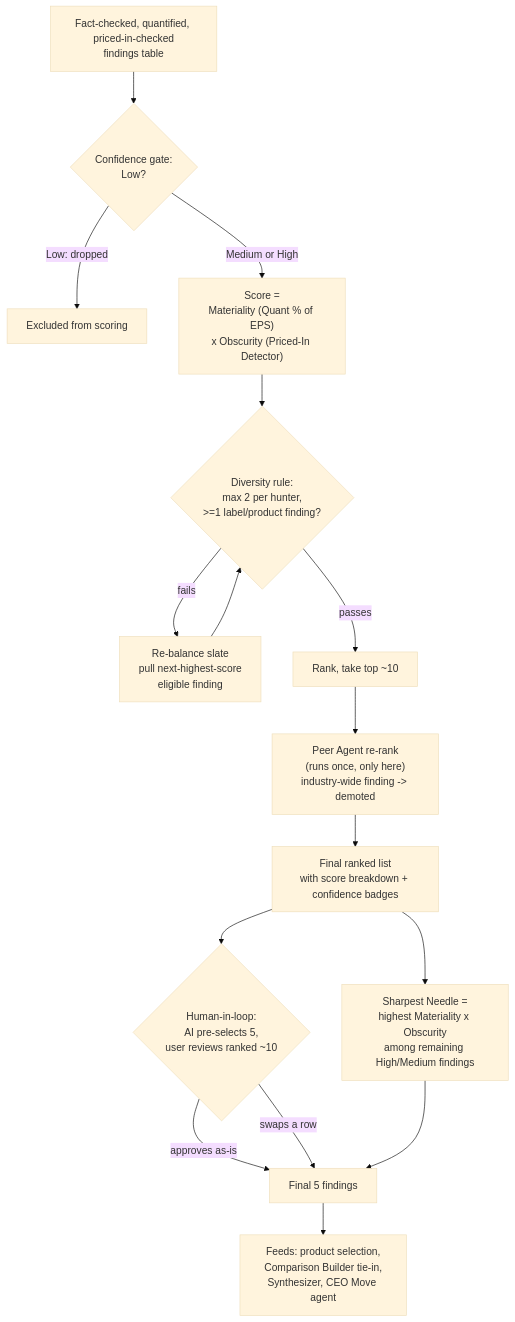
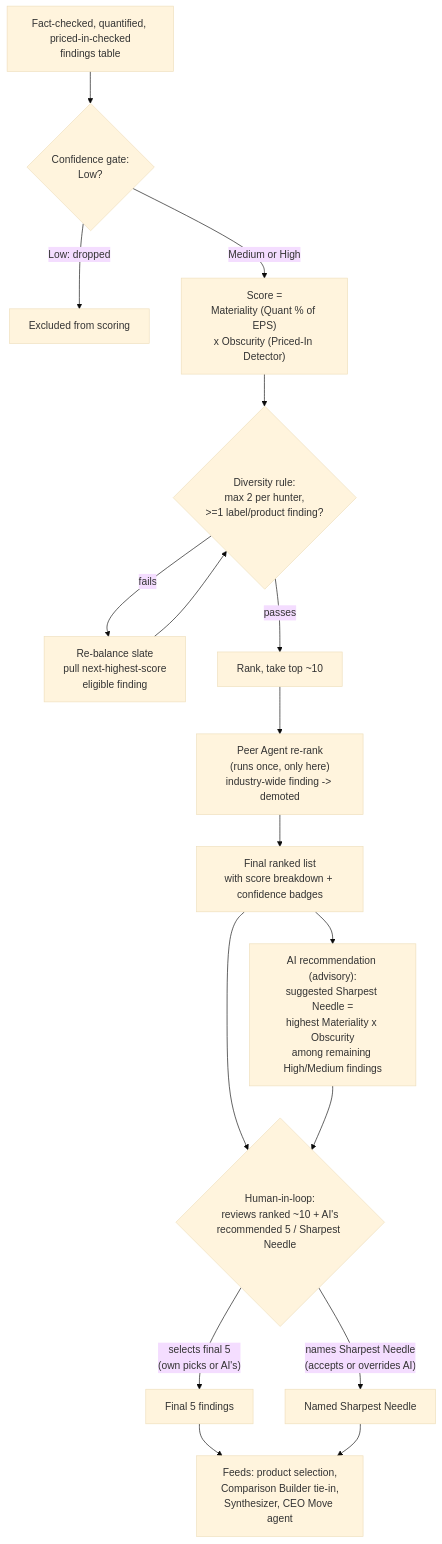
One commit to Mameo007/ai-neeley-hackathon-pharmaceutical changed the third of 3 diagrams in docs/architecture.md. Above: the diagram before and after it, drawn with Mermaid (base theme). The commit also changed other lines of this file, not shown here.

First line of the commit message:
Make finding selection and Sharpest Needle human-decided, not AI-picked

````diff
--- a/docs/architecture.md
+++ b/docs/architecture.md
@@ -366,23 +376,24 @@
 ```mermaid
 flowchart TD
     START["Fact-checked, quantified, priced-in-checked<br/>findings table"] --> GATE{"Confidence gate:<br/>Low?"}
     GATE -- "Low: dropped" --> DROP[Excluded from scoring]
     GATE -- "Medium or High" --> SCORE["Score =<br/>Materiality (Quant % of EPS)<br/>x Obscurity (Priced-In Detector)"]
 
     SCORE --> DIV{"Diversity rule:<br/>max 2 per hunter,<br/>>=1 label/product finding?"}
     DIV -- fails --> REBAL[Re-balance slate<br/>pull next-highest-score<br/>eligible finding]
     REBAL --> DIV
     DIV -- passes --> TOP10["Rank, take top ~10"]
 
     TOP10 --> PEER["Peer Agent re-rank<br/>(runs once, only here)<br/>industry-wide finding -> demoted"]
     PEER --> RANKED["Final ranked list<br/>with score breakdown + confidence badges"]
 
-    RANKED --> NEEDLE["Sharpest Needle =<br/>highest Materiality x Obscurity<br/>among remaining High/Medium findings"]
-    RANKED --> HUMAN{"Human-in-loop:<br/>AI pre-selects 5,<br/>user reviews ranked ~10"}
+    RANKED --> NEEDLE["AI recommendation (advisory):<br/>suggested Sharpest Needle =<br/>highest Materiality x Obscurity<br/>among remaining High/Medium findings"]
+    RANKED --> HUMAN{"Human-in-loop:<br/>reviews ranked ~10 + AI's<br/>recommended 5 / Sharpest Needle"}
+    NEEDLE --> HUMAN
 
-    HUMAN -- "approves as-is" --> FIVE[Final 5 findings]
-    HUMAN -- "swaps a row" --> FIVE
-    NEEDLE --> FIVE
+    HUMAN -- "selects final 5<br/>(own picks or AI's)" --> FIVE[Final 5 findings]
+    HUMAN -- "names Sharpest Needle<br/>(accepts or overrides AI)" --> NAMED[Named Sharpest Needle]
 
     FIVE --> NEXT["Feeds: product selection,<br/>Comparison Builder tie-in,<br/>Synthesizer, CEO Move agent"]
+    NAMED --> NEXT
 ```
````
